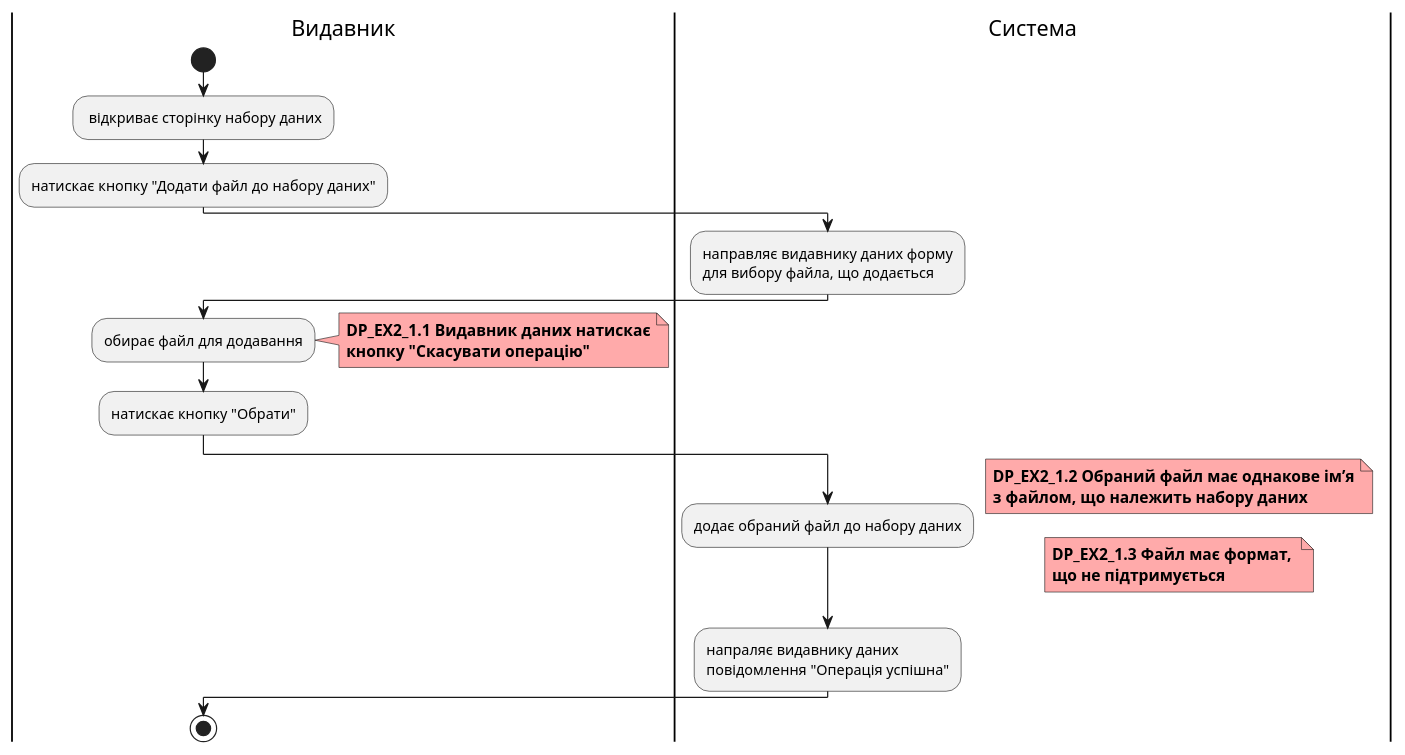
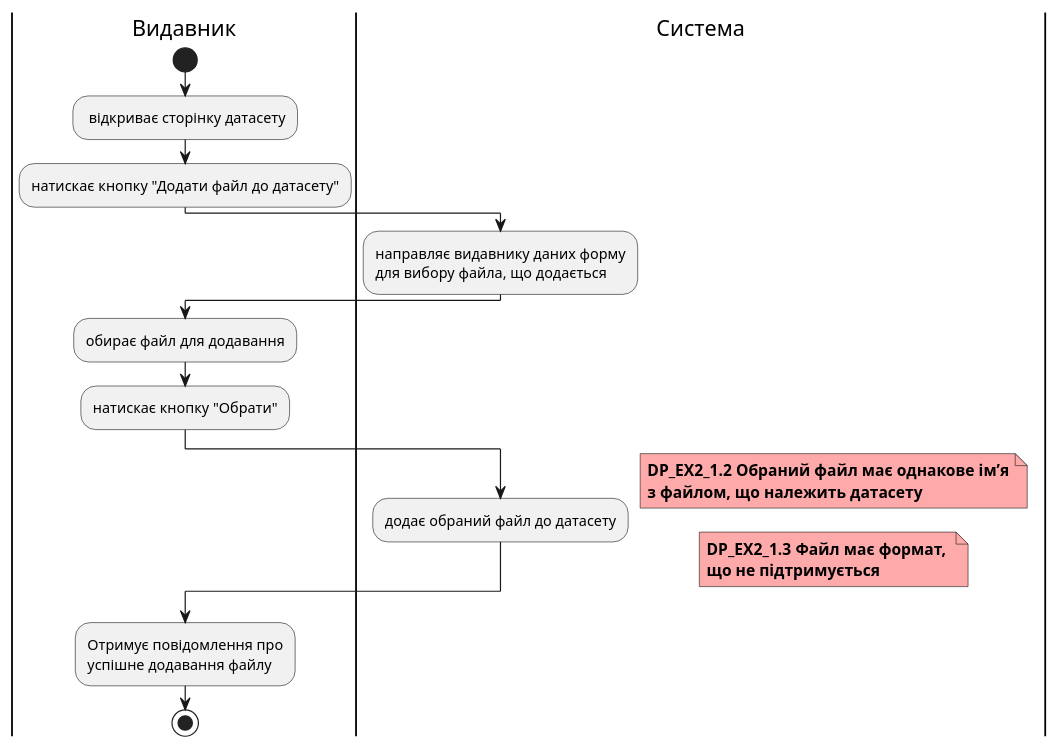
Before and after one commit to boldak/edu-db-cw: the second of 4 diagrams in docs/use cases/DataPublisher.md, drawn with PlantUML. The commit also changed other lines of this file and 2 other files, not shown here.

Commit message:
files added to main readme file, all diagrams together, diagrams arrows fixed

```diff
--- a/docs/use cases/DataPublisher.md
+++ b/docs/use cases/DataPublisher.md
@@ -93,32 +85,29 @@
 @startuml
 
     |Видавник|
         start
-        : відкриває сторінку набору даних;
-        :натискає кнопку "Додати файл до набору даних";
+        : відкриває сторінку датасету;
+        :натискає кнопку "Додати файл до датасету";
     |Система|
         :направляє видавнику даних форму
         для вибору файла, що додається;
     |Видавник|
         :обирає файл для додавання;
-        note right #ffaaaa
-        <b>DP_EX2_1.1 Видавник даних натискає
-        <b>кнопку "Скасувати операцію"
-        end note
         :натискає кнопку "Обрати";
     |Система|
-        :додає обраний файл до набору даних;
+        :додає обраний файл до датасету;
         note right #ffaaaa
         <b>DP_EX2_1.2 Обраний файл має однакове ім’я
-        <b>з файлом, що належить набору даних
+        <b>з файлом, що належить датасету
         end note
         note right #ffaaaa
         <b>DP_EX2_1.3 Файл має формат, 
         <b>що не підтримується 
         end note
-        :напраляє видавнику даних
-        повідомлення "Операція успішна"; 
     |Видавник|
-    stop;
+        :Отримує повідомлення про 
+        успішне додавання файлу;
+        stop;
+    
 
 @enduml
```
